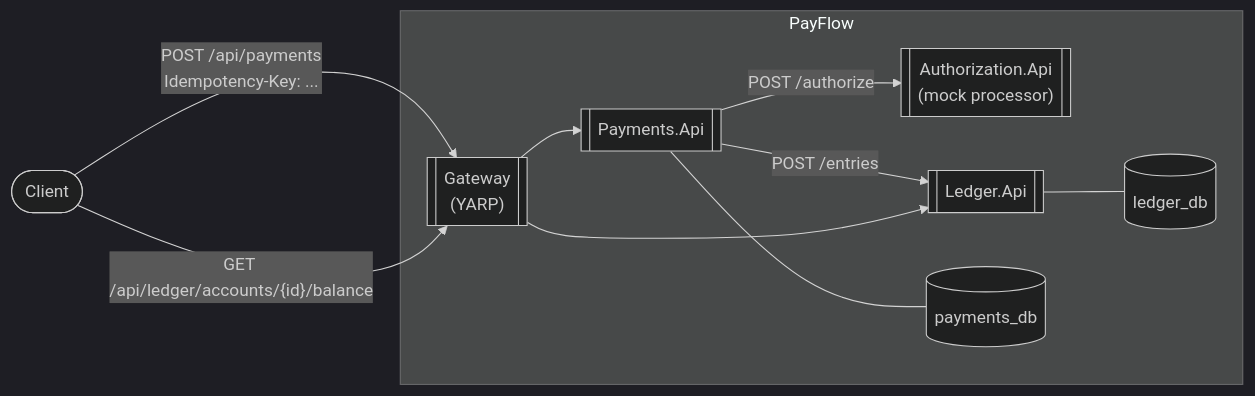
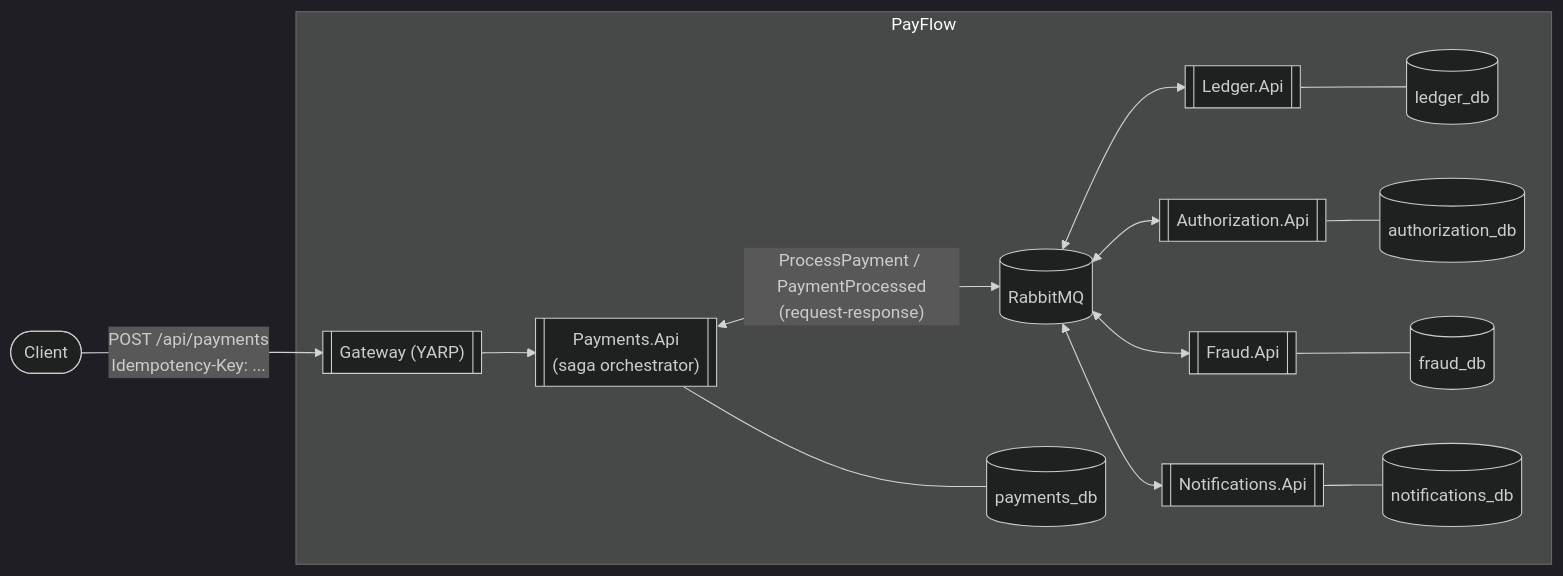
One commit to queennduji/payflow changed the first of 2 diagrams in docs/architecture.md. Above: the diagram before and after it, drawn with Mermaid (dark theme). The commit also changed other lines of this file and 134 other files, not shown here.

````diff
--- a/docs/architecture.md
+++ b/docs/architecture.md
@@ -9,22 +11,32 @@
 ```mermaid
 flowchart LR
     client([Client])
 
     subgraph payflow[PayFlow]
-        gateway[["Gateway\n(YARP)"]]
-        payments[["Payments.Api"]]
-        auth[["Authorization.Api\n(mock processor)"]]
+        gateway[["Gateway (YARP)"]]
+        payments[["Payments.Api\n(saga orchestrator)"]]
+        auth[["Authorization.Api"]]
         ledger[["Ledger.Api"]]
+        fraud[["Fraud.Api"]]
+        notif[["Notifications.Api"]]
+        mq[("RabbitMQ")]
         paymentsDb[(payments_db)]
         ledgerDb[(ledger_db)]
+        authDb[(authorization_db)]
+        fraudDb[(fraud_db)]
+        notifDb[(notifications_db)]
     end
 
     client -->|"POST /api/payments\nIdempotency-Key: ..."| gateway
     gateway --> payments
-    payments -->|"POST /authorize"| auth
-    payments -->|"POST /entries"| ledger
+    payments <-->|"ProcessPayment / PaymentProcessed\n(request-response)"| mq
+    mq <--> auth
+    mq <--> ledger
+    mq <--> fraud
+    mq <--> notif
     payments --- paymentsDb
     ledger --- ledgerDb
-    client -->|"GET /api/ledger/accounts/{id}/balance"| gateway
-    gateway --> ledger
+    auth --- authDb
+    fraud --- fraudDb
+    notif --- notifDb
 ```
````
